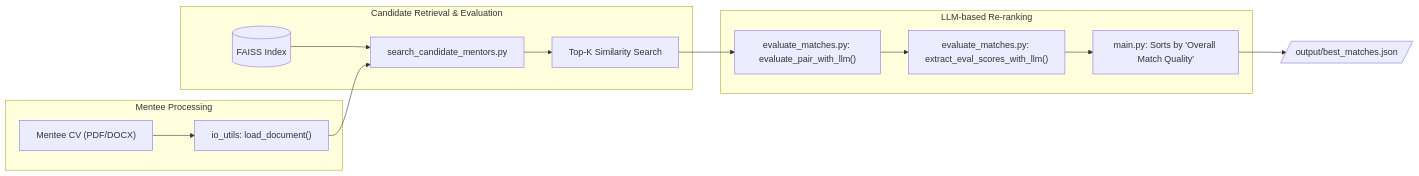
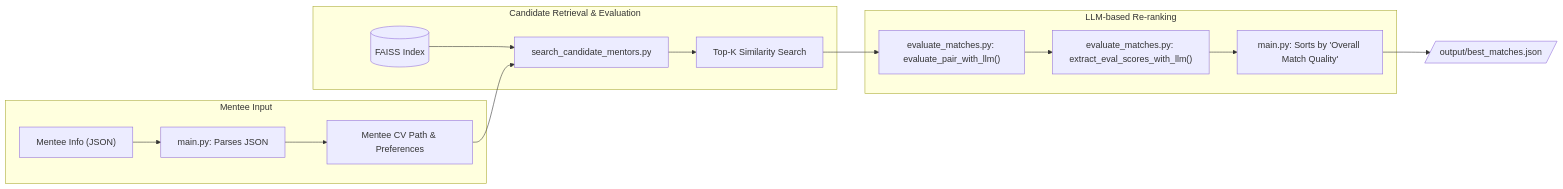
The second of 2 diagrams in README.md (LiuzLab/tch-mentormatching), drawn with Mermaid before and after one commit. The commit also changed other lines of this file and 3 other files, not shown here.

Commit message:
fixed input parsing, output structure, and integration testing

````diff
--- a/README.md
+++ b/README.md
@@ -29,20 +29,21 @@
 ```mermaid
 flowchart LR
-    subgraph "Mentee Processing"
-        L["Mentee CV (PDF/DOCX)"] --> M["io_utils: load_document()"];
+    subgraph "Mentee Input"
+        L["Mentee Info (JSON)"] --> M["main.py: Parses JSON"];
+        M --> N["Mentee CV Path & Preferences"];
     end
 
     subgraph "Candidate Retrieval & Evaluation"
-        N[("FAISS Index")] --> O["search_candidate_mentors.py"];
-        M --> O;
-        O --> P["Top-K Similarity Search"];
+        O[("FAISS Index")] --> P["search_candidate_mentors.py"];
+        N --> P;
+        P --> Q["Top-K Similarity Search"];
     end
 
     subgraph "LLM-based Re-ranking"
-        P --> Q["evaluate_matches.py: evaluate_pair_with_llm()"];
-        Q --> R["evaluate_matches.py: extract_eval_scores_with_llm()"];
-        R --> S["main.py: Sorts by 'Overall Match Quality'"];
+        Q --> R["evaluate_matches.py: evaluate_pair_with_llm()"];
+        R --> S["evaluate_matches.py: extract_eval_scores_with_llm()"];
+        S --> T["main.py: Sorts by 'Overall Match Quality'"];
     end
 
-    S --> T[/"output/best_matches.json"/];
+    T --> U[/"output/best_matches.json"/];
 ```
````
